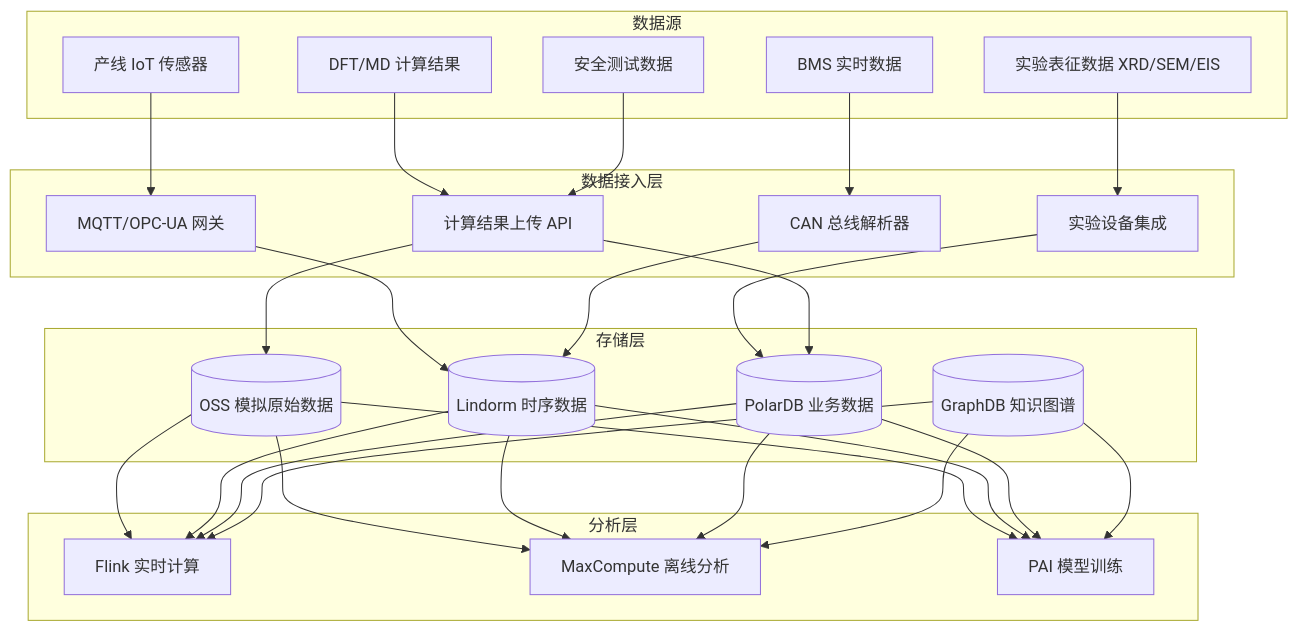
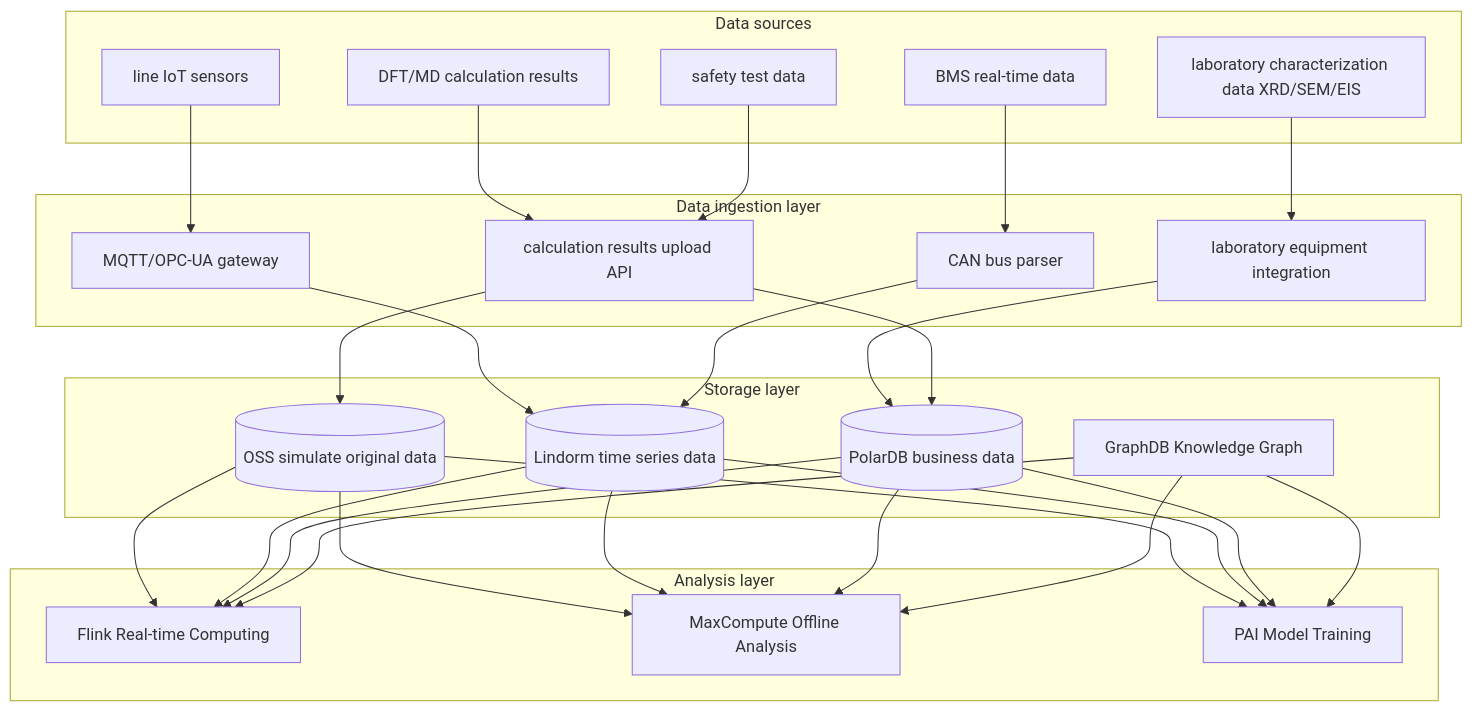
One commit to teaglebuilt/knowledge-tree changed the third of 4 diagrams in tree/application/architecture/solid-state-battery.md. Above: the diagram before and after it, drawn with Mermaid. The commit also changed other lines of this file and 18 other files, not shown here.

````diff
--- a/tree/application/architecture/solid-state-battery.md
+++ b/tree/application/architecture/solid-state-battery.md
@@ -521,37 +521,37 @@
 ```mermaid
 flowchart TB
-    subgraph Sources["数据源"]
-        S1[DFT/MD 计算结果]
-        S2[实验表征数据 XRD/SEM/EIS]
-        S3[产线 IoT 传感器]
-        S4[BMS 实时数据]
-        S5[安全测试数据]
+    subgraph Sources["Data sources"]
+        S1[DFT/MD calculation results]
+        S2[laboratory characterization data XRD/SEM/EIS]
+        S3[line IoT sensors]
+        S4[BMS real-time data]
+        S5[safety test data]
     end
 
-    subgraph Ingestion["数据接入层"]
-        I1[计算结果上传 API]
-        I2[实验设备集成]
-        I3[MQTT/OPC-UA 网关]
-        I4[CAN 总线解析器]
+    subgraph Ingestion["Data ingestion layer"]
+        I1[calculation results upload API]
+        I2[laboratory equipment integration]
+        I3[MQTT/OPC-UA gateway]
+        I4[CAN bus parser]
     end
 
-    subgraph Storage["存储层"]
-        ST1[(OSS 模拟原始数据)]
-        ST2[(Lindorm 时序数据)]
-        ST3[(PolarDB 业务数据)]
-        ST4[(GraphDB 知识图谱)]
+    subgraph Storage["Storage layer"]
+        ST1[(OSS simulate original data)]
+        ST2[(Lindorm time series data)]
+        ST3[(PolarDB business data)]
+        ST4["GraphDB Knowledge Graph"]
     end
 
-    subgraph Analytics["分析层"]
-        A1[Flink 实时计算]
-        A2[MaxCompute 离线分析]
-        A3[PAI 模型训练]
+    subgraph Analytics["Analysis layer"]
+        A1[Flink Real-time Computing]
+        A2[MaxCompute Offline Analysis]
+        A3[PAI Model Training]
     end
 
     S1 --> I1 --> ST1
     S2 --> I2 --> ST3
     S3 --> I3 --> ST2
     S4 --> I4 --> ST2
     S5 --> I1 --> ST3
     ST1 & ST2 & ST3 & ST4 --> A1 & A2 & A3
 ```
````
